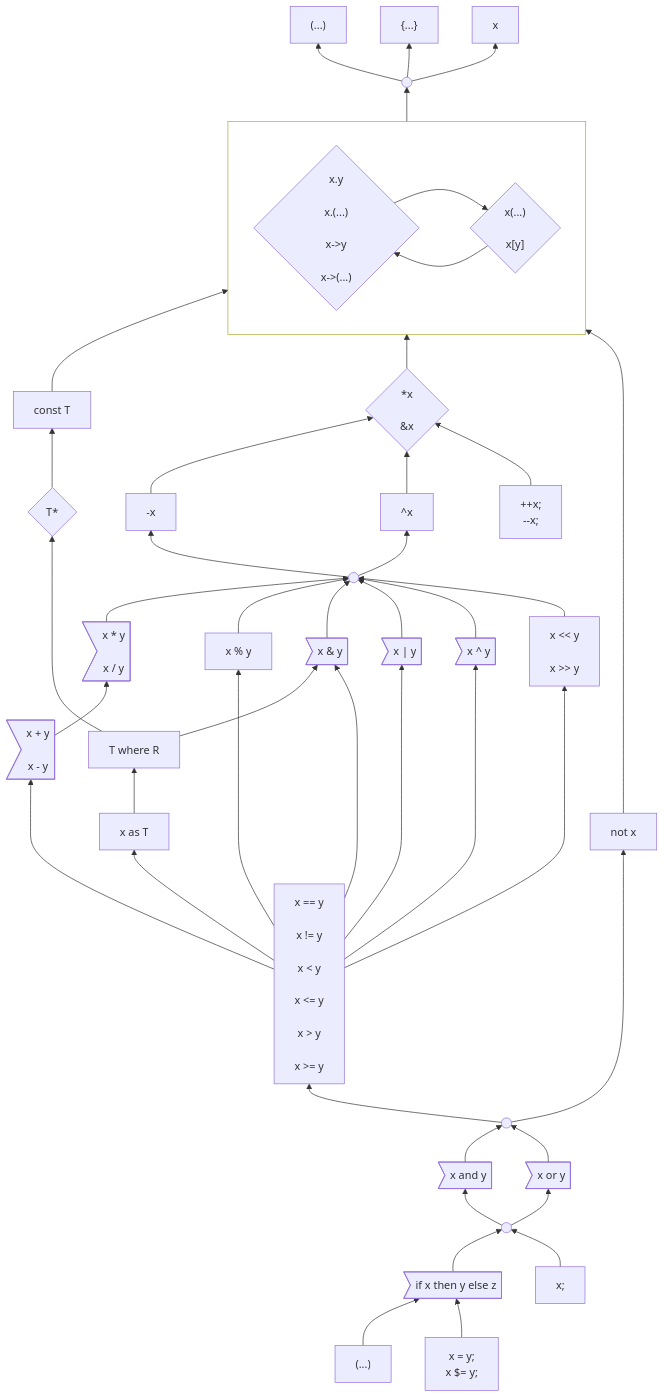
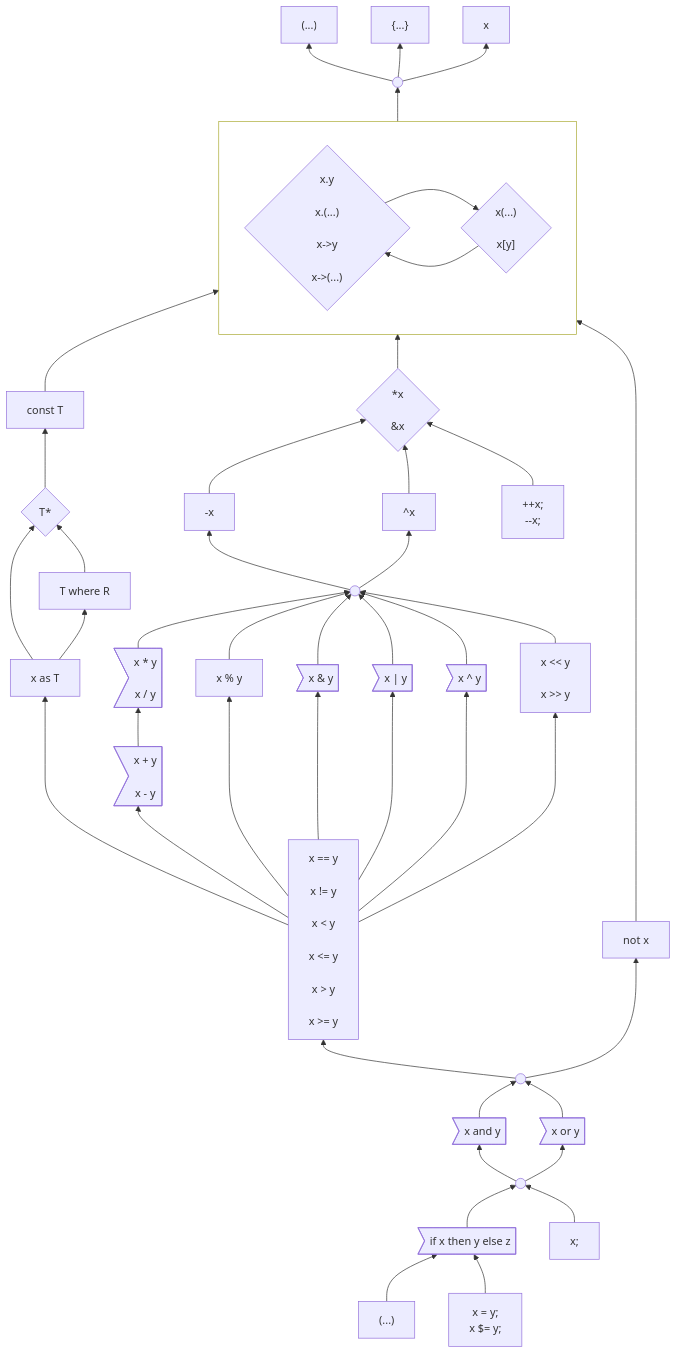
The first of 3 diagrams in docs/design/expressions/README.md (carbon-language/carbon-lang), drawn with Mermaid before and after one commit.

Commit message:
Checkpoint progress.

```diff
--- a/docs/design/expressions/README.md
+++ b/docs/design/expressions/README.md
@@ -165,9 +165,9 @@
 
     constType --> memberCallIndex
     pointerType --> constType
+    as --> pointerType
     as --> where
     where --> pointerType
-    where --> bitwise_and
 
     pointer --> memberCallIndex
     negation & complement & incDec --> pointer
```
